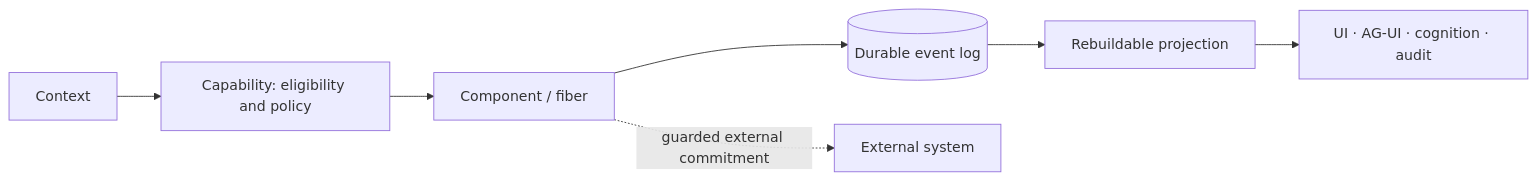
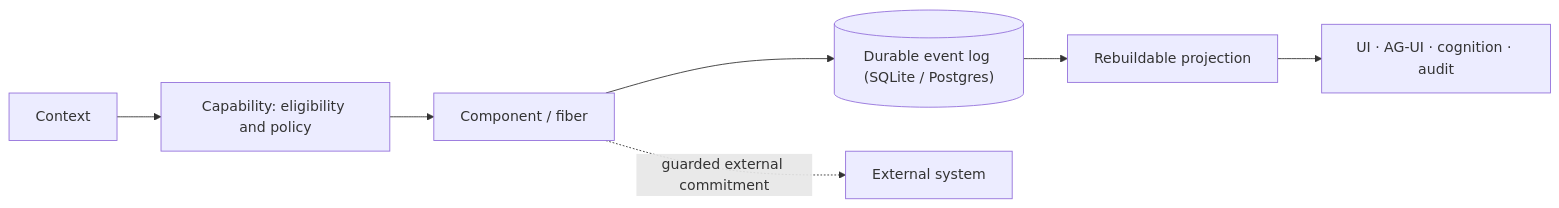
Before and after one commit to GodSpeedAI/Cognate: the second of 2 diagrams in docs/architecture.md, drawn with Mermaid. The commit also changed other lines of this file and 12 other files, not shown here.

````diff
--- a/docs/architecture.md
+++ b/docs/architecture.md
@@ -36,8 +38,8 @@
 ```mermaid
 flowchart LR
     context["Context"] --> capability["Capability: eligibility and policy"] --> fiber["Component / fiber"]
-    fiber --> events[("Durable event log")]
+    fiber --> events[("Durable event log (SQLite / Postgres)")]
     fiber -. guarded external commitment .-> outside["External system"]
     events --> projection["Rebuildable projection"]
     projection --> views["UI · AG-UI · cognition · audit"]
 ```
````
